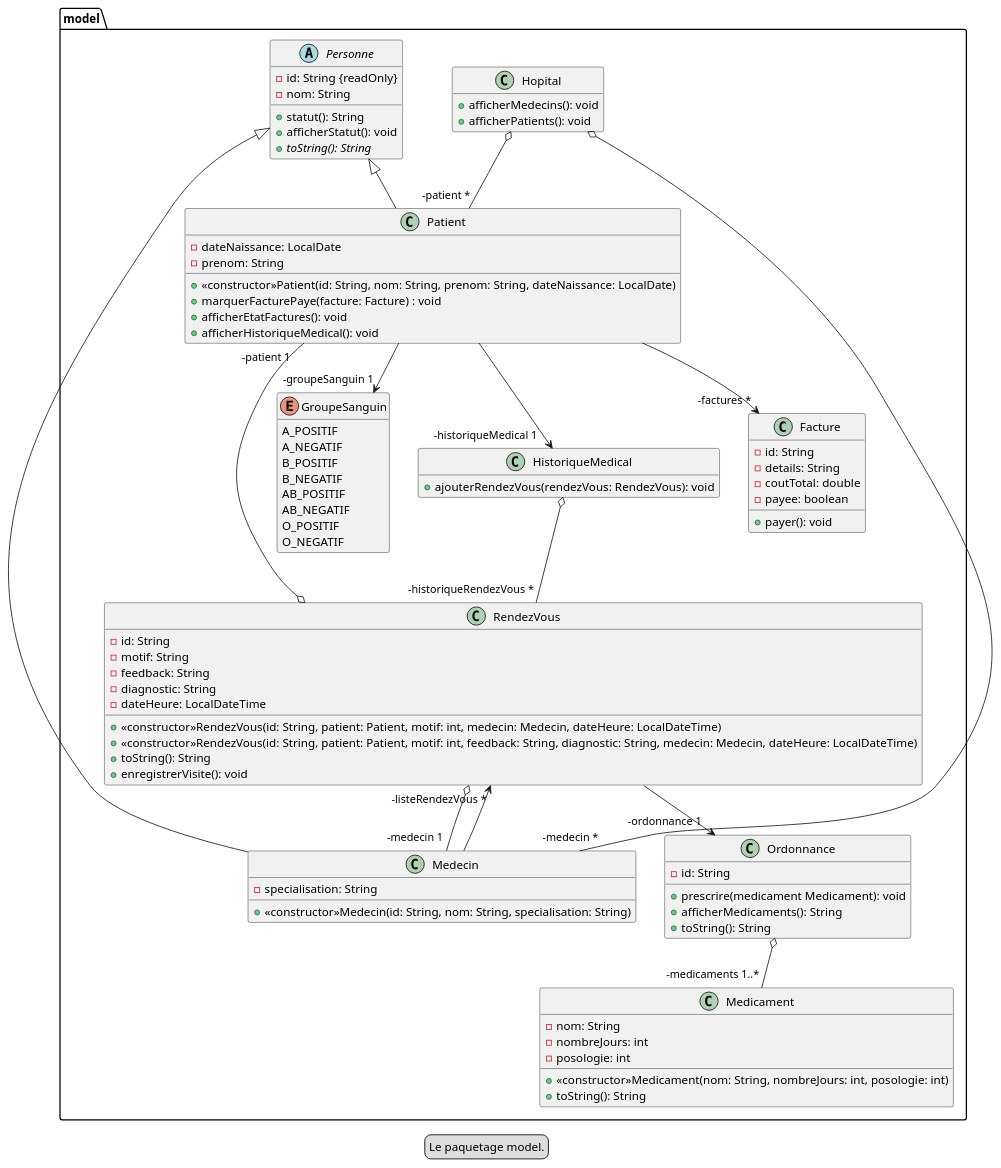
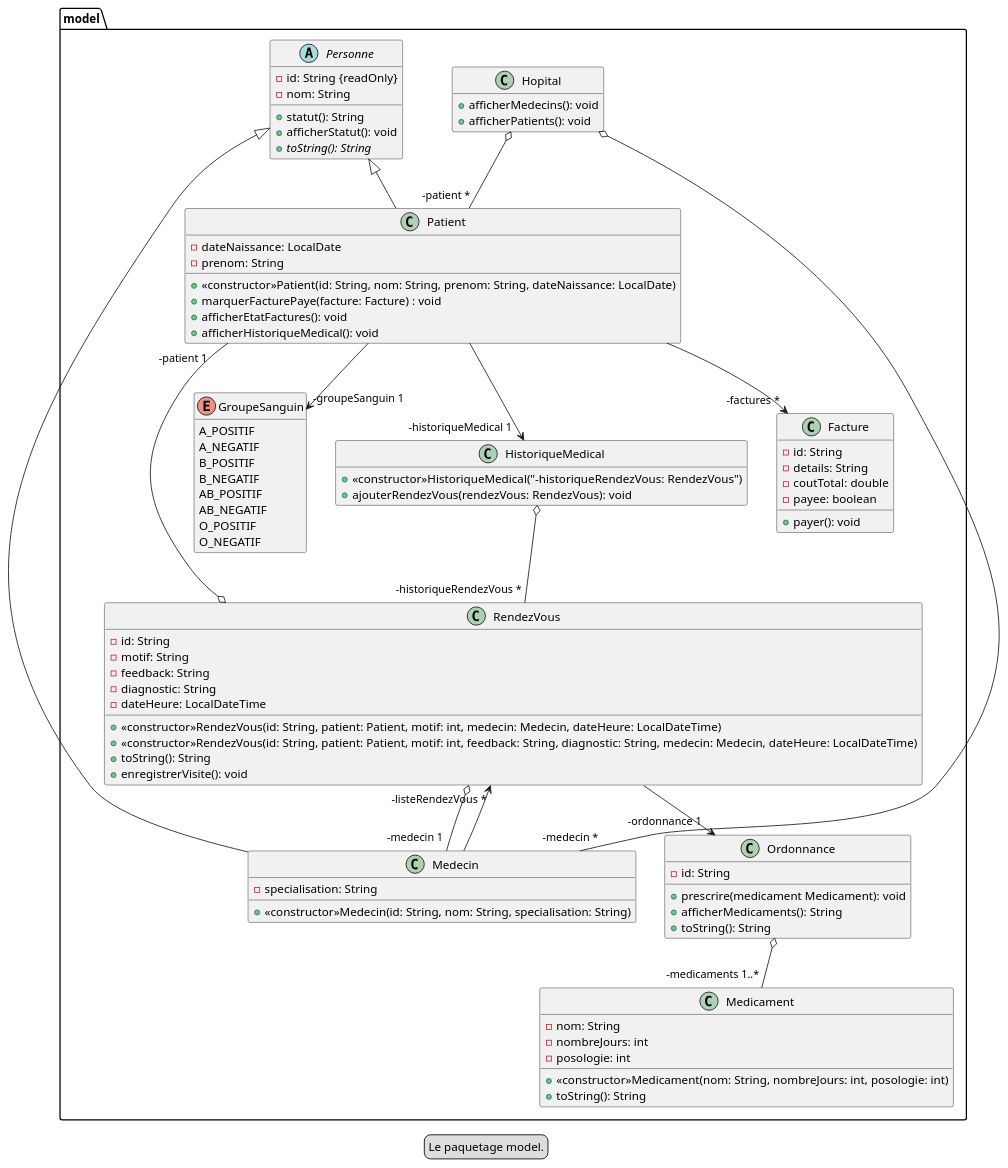
The diagram in plantuml/diagrammeModele.puml (carlkolodziejski/hopital), drawn with PlantUML before and after one commit.

Commit message:
Ajout du constructeur de la classe HistoriqueMedical

```diff
--- a/plantuml/diagrammeModele.puml
+++ b/plantuml/diagrammeModele.puml
@@ -1,112 +1,113 @@
 @startuml
 
 legend Le paquetage model.
 
 hide empty members
 
 package model {
 
     abstract class Personne {
         -id: String {readOnly}
         -nom: String
 
         +statut(): String
         +afficherStatut(): void
         +{abstract}toString(): String
     }
 
     class Patient extends Personne {
         -dateNaissance: LocalDate
         -prenom: String
 
         +<<constructor>>Patient(id: String, nom: String, prenom: String, dateNaissance: LocalDate)
         +marquerFacturePaye(facture: Facture) : void
         +afficherEtatFactures(): void
         +afficherHistoriqueMedical(): void
     }
 
 
     class Medecin extends Personne {
         -specialisation: String
 
         +<<constructor>>Medecin(id: String, nom: String, specialisation: String)
     }
 
     class RendezVous {
         -id: String
         -motif: String
         -feedback: String
         -diagnostic: String
         -dateHeure: LocalDateTime
 
         +<<constructor>>RendezVous(id: String, patient: Patient, motif: int, medecin: Medecin, dateHeure: LocalDateTime)
         +<<constructor>>RendezVous(id: String, patient: Patient, motif: int, feedback: String, diagnostic: String, medecin: Medecin, dateHeure: LocalDateTime)
         +toString(): String
         +enregistrerVisite(): void
     }
 
     class Ordonnance {
         -id: String
 
         +prescrire(medicament Medicament): void
         +afficherMedicaments(): String
         +toString(): String
     }
 
     class Medicament {
         -nom: String
         -nombreJours: int
         -posologie: int
 
         +<<constructor>>Medicament(nom: String, nombreJours: int, posologie: int)
         +toString(): String
     }
 
     class Facture {
         -id: String
         -details: String
         -coutTotal: double
         -payee: boolean
 
         +payer(): void
     }
 
     class Hopital {
         +afficherMedecins(): void
         +afficherPatients(): void
     }
 
     class HistoriqueMedical {
+        +<<constructor>>HistoriqueMedical("-historiqueRendezVous: RendezVous")
         +ajouterRendezVous(rendezVous: RendezVous): void
     }
 
     enum GroupeSanguin {
         A_POSITIF
         A_NEGATIF
         B_POSITIF
         B_NEGATIF
         AB_POSITIF
         AB_NEGATIF
         O_POSITIF
         O_NEGATIF
     }
 
     Patient --> "-factures *" Facture
     Patient --> "-groupeSanguin 1" GroupeSanguin
     Patient --> "-historiqueMedical 1" HistoriqueMedical
 
     Medecin --> "-listeRendezVous *" RendezVous
 
     RendezVous o-- "-medecin 1" Medecin
     RendezVous o-- "-patient 1" Patient
     RendezVous --> "-ordonnance 1" Ordonnance
 
     Ordonnance o-- "-medicaments 1..*" Medicament
 
     Hopital o-- "-medecin *" Medecin
     Hopital o-- "-patient *" Patient
 
     HistoriqueMedical o-- "-historiqueRendezVous *" RendezVous
 }
 
 @enduml
```
